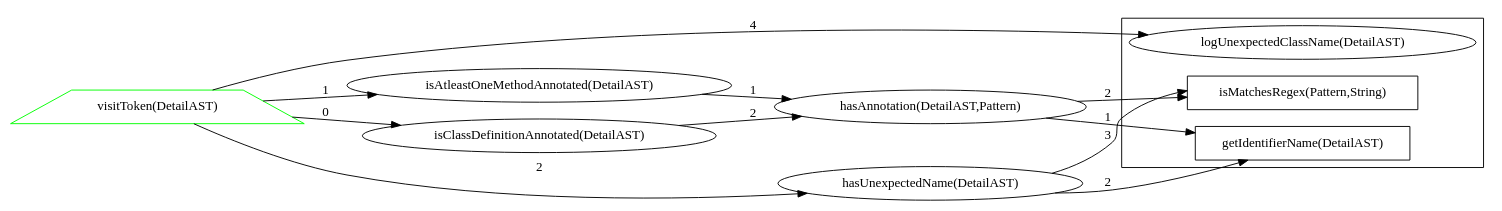
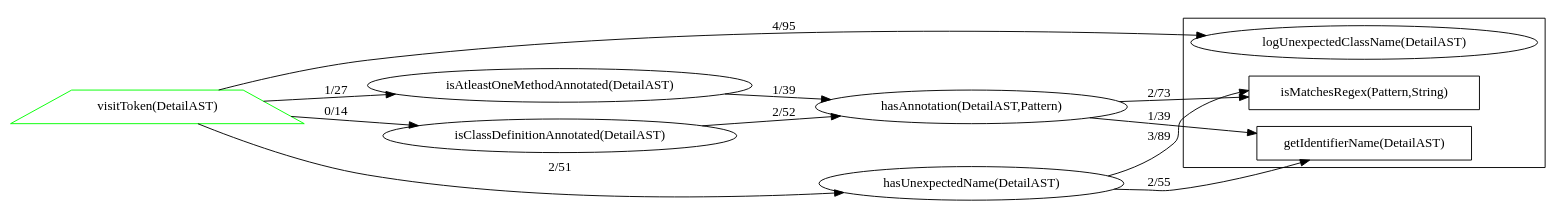
The diagram in dot/NameConventionForJunit4TestClassesCheck.java.dot (alex-zuy/alex-zuy.github.io), drawn with Graphviz before and after one commit. The commit also changed 7 other files, not shown here.

```diff
--- a/dot/NameConventionForJunit4TestClassesCheck.java.dot
+++ b/dot/NameConventionForJunit4TestClassesCheck.java.dot
@@ -1,37 +1,37 @@
 digraph dependencies {
 rankdir = "LR";
 subgraph clustersimple {
 "isMatchesRegex(Pattern,String)" [ color="#000000ff" shape="polygon" ];
 "logUnexpectedClassName(DetailAST)" [ color="#000000ff" ];
 "getIdentifierName(DetailAST)" [ color="#000000ff" shape="polygon" ];
 }
 "visitToken(DetailAST)" [ color="#00ff00ff" shape="trapezium" ];
 "isClassDefinitionAnnotated(DetailAST)" [ color="#000000ff" ];
 "isAtleastOneMethodAnnotated(DetailAST)" [ color="#000000ff" ];
 "hasUnexpectedName(DetailAST)" [ color="#000000ff" ];
 "hasAnnotation(DetailAST,Pattern)" [ color="#000000ff" ];
-"visitToken(DetailAST)" -> "isClassDefinitionAnnotated(DetailAST)" [ label="0" ];
-"visitToken(DetailAST)" -> "isAtleastOneMethodAnnotated(DetailAST)" [ label="1" ];
-"visitToken(DetailAST)" -> "hasUnexpectedName(DetailAST)" [ label="2" ];
-"visitToken(DetailAST)" -> "logUnexpectedClassName(DetailAST)" [ label="4" ];
-"isClassDefinitionAnnotated(DetailAST)" -> "hasAnnotation(DetailAST,Pattern)" [ label="2" ];
-"isAtleastOneMethodAnnotated(DetailAST)" -> "hasAnnotation(DetailAST,Pattern)" [ label="1" ];
-"hasUnexpectedName(DetailAST)" -> "isMatchesRegex(Pattern,String)" [ label="3" ];
-"hasUnexpectedName(DetailAST)" -> "getIdentifierName(DetailAST)" [ label="2" ];
-"hasAnnotation(DetailAST,Pattern)" -> "isMatchesRegex(Pattern,String)" [ label="2" ];
-"hasAnnotation(DetailAST,Pattern)" -> "getIdentifierName(DetailAST)" [ label="1" ];
+"visitToken(DetailAST)" -> "isClassDefinitionAnnotated(DetailAST)" [ label="0/14" ];
+"visitToken(DetailAST)" -> "isAtleastOneMethodAnnotated(DetailAST)" [ label="1/27" ];
+"visitToken(DetailAST)" -> "hasUnexpectedName(DetailAST)" [ label="2/51" ];
+"visitToken(DetailAST)" -> "logUnexpectedClassName(DetailAST)" [ label="4/95" ];
+"isClassDefinitionAnnotated(DetailAST)" -> "hasAnnotation(DetailAST,Pattern)" [ label="2/52" ];
+"isAtleastOneMethodAnnotated(DetailAST)" -> "hasAnnotation(DetailAST,Pattern)" [ label="1/39" ];
+"hasUnexpectedName(DetailAST)" -> "isMatchesRegex(Pattern,String)" [ label="3/89" ];
+"hasUnexpectedName(DetailAST)" -> "getIdentifierName(DetailAST)" [ label="2/55" ];
+"hasAnnotation(DetailAST,Pattern)" -> "isMatchesRegex(Pattern,String)" [ label="2/73" ];
+"hasAnnotation(DetailAST,Pattern)" -> "getIdentifierName(DetailAST)" [ label="1/39" ];
 /*
 Legend
 Node border color:
     a) GREEN - public
     b) YELLOW - protected
     c) BLACK - private
     d) BLUE - default
 Node shape:
     if static - rectangle
     otherwise if override - trapezium
     otherwise if overloaded - triangle
     otherwise ellipse
 
 */
 }
```
